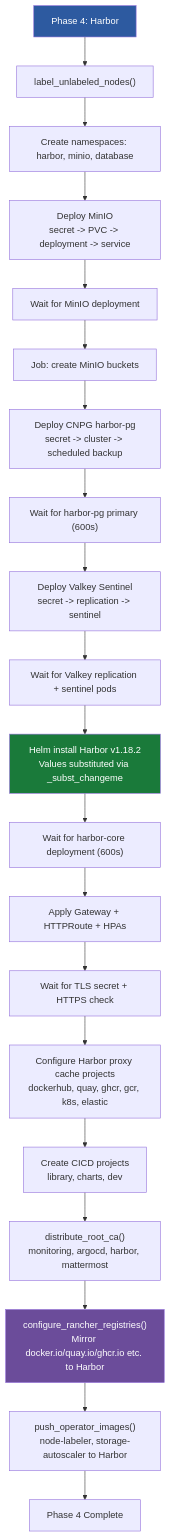
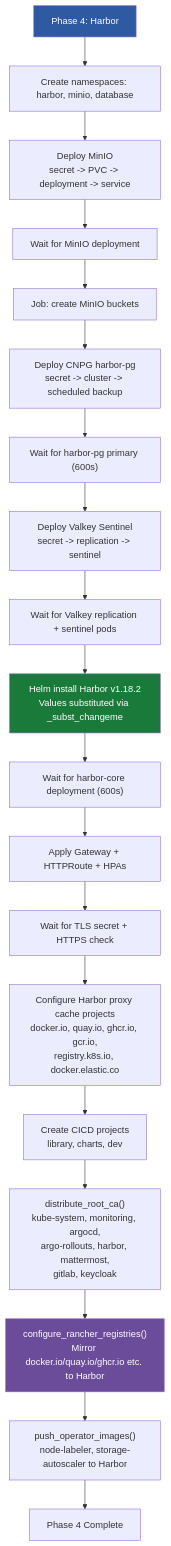
One commit to derhornspieler/harvester-rke2-platform changed the eighth of 22 diagrams in docs/engineering/deployment-automation.md. Above: the diagram before and after it, drawn with Mermaid. The commit also changed other lines of this file and 50 other files, not shown here.

````diff
--- a/docs/engineering/deployment-automation.md
+++ b/docs/engineering/deployment-automation.md
@@ -529,36 +572,35 @@
 ```mermaid
 flowchart TD
-    START["Phase 4: Harbor"] --> LABELS["label_unlabeled_nodes()"]
-    LABELS --> NS["Create namespaces: harbor, minio, database"]
+    START["Phase 4: Harbor"] --> NS["Create namespaces: harbor, minio, database"]
 
     NS --> MINIO["Deploy MinIO<br/>secret -> PVC -> deployment -> service"]
     MINIO --> MINIOW["Wait for MinIO deployment"]
     MINIOW --> BUCKET["Job: create MinIO buckets"]
 
     BUCKET --> PG["Deploy CNPG harbor-pg<br/>secret -> cluster -> scheduled backup"]
     PG --> PGW["Wait for harbor-pg primary (600s)"]
 
     PGW --> VALKEY["Deploy Valkey Sentinel<br/>secret -> replication -> sentinel"]
     VALKEY --> VALKEYW["Wait for Valkey replication + sentinel pods"]
 
     VALKEYW --> HARBOR["Helm install Harbor v1.18.2<br/>Values substituted via _subst_changeme"]
     HARBOR --> HW["Wait for harbor-core deployment (600s)"]
 
     HW --> GW["Apply Gateway + HTTPRoute + HPAs"]
     GW --> TLS["Wait for TLS secret + HTTPS check"]
 
-    TLS --> PROXY["Configure Harbor proxy cache projects<br/>dockerhub, quay, ghcr, gcr, k8s, elastic"]
+    TLS --> PROXY["Configure Harbor proxy cache projects<br/>docker.io, quay.io, ghcr.io, gcr.io,<br/>registry.k8s.io, docker.elastic.co"]
     PROXY --> CICD["Create CICD projects<br/>library, charts, dev"]
 
-    CICD --> ROOTCA["distribute_root_ca()<br/>monitoring, argocd, harbor, mattermost"]
+    CICD --> ROOTCA["distribute_root_ca()<br/>kube-system, monitoring, argocd,<br/>argo-rollouts, harbor, mattermost,<br/>gitlab, keycloak"]
 
     ROOTCA --> REG["configure_rancher_registries()<br/>Mirror docker.io/quay.io/ghcr.io etc. to Harbor"]
 
     REG --> PUSH["push_operator_images()<br/>node-labeler, storage-autoscaler to Harbor"]
 
     PUSH --> DONE["Phase 4 Complete"]
 
     style START fill:#2d5aa0,color:#fff
     style HARBOR fill:#1a7a3a,color:#fff
     style REG fill:#6b4c9a,color:#fff
 ```
````
